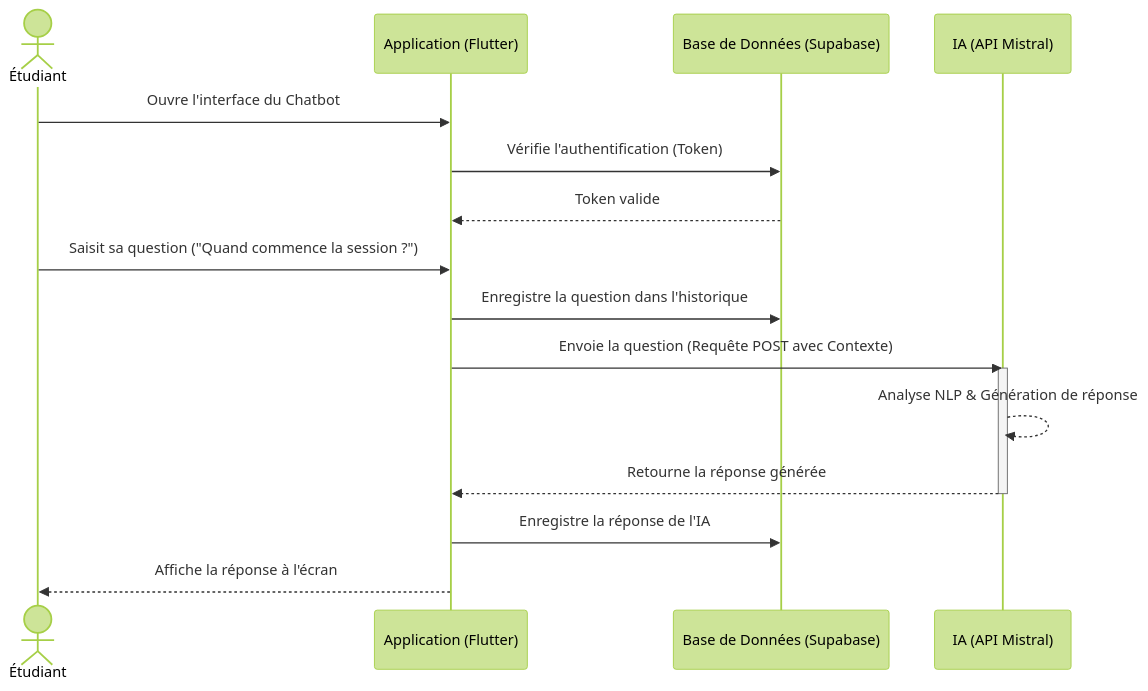
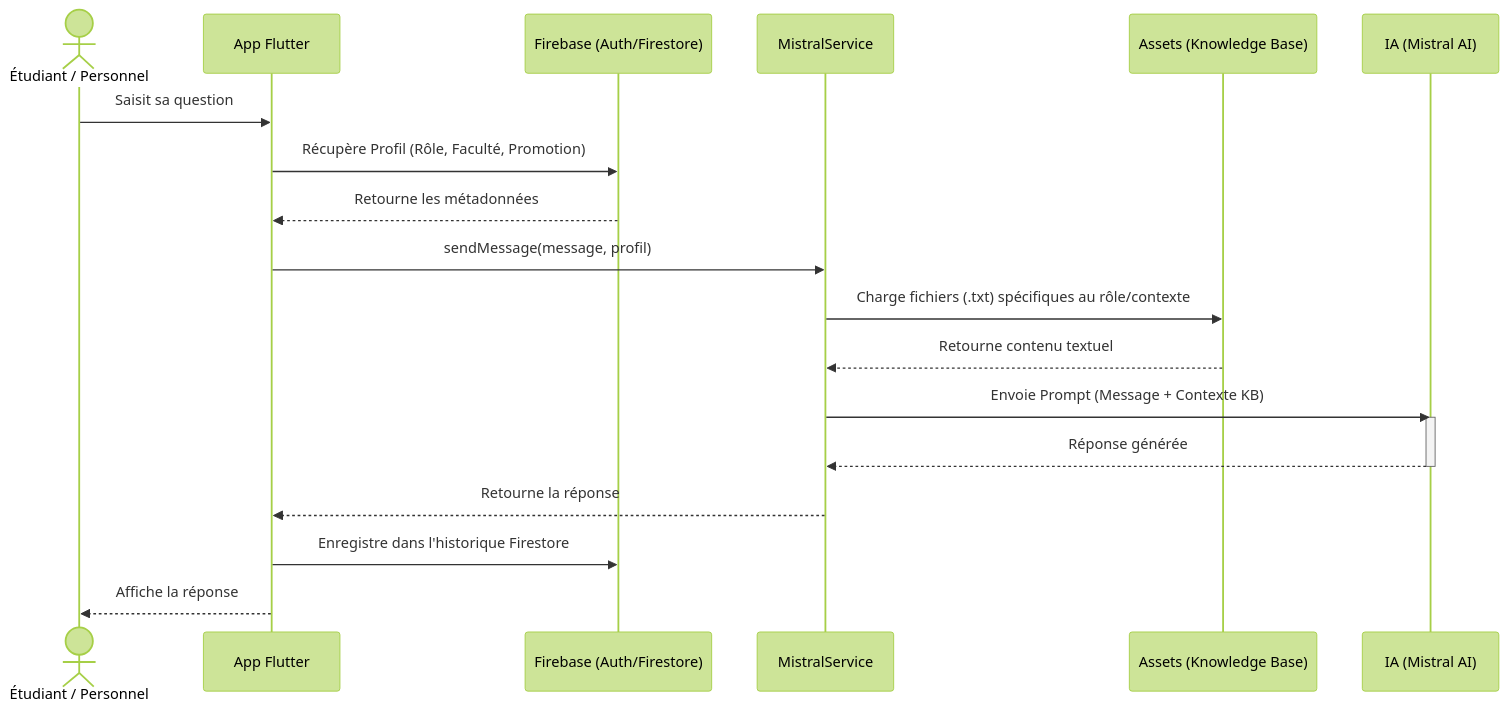
One commit to Emilio0873/uwb changed the third of 3 diagrams in docs/uml_diagrams.md. Above: the diagram before and after it, drawn with Mermaid (forest theme). The commit also changed other lines of this file and 55 other files, not shown here.

````diff
--- a/docs/uml_diagrams.md
+++ b/docs/uml_diagrams.md
@@ -109,20 +113,26 @@
 ```mermaid
 sequenceDiagram
-    actor E as Étudiant
-    participant App as Application (Flutter)
-    participant S as Base de Données (Supabase)
-    participant M as IA (API Mistral)
+    actor U as Étudiant / Personnel
+    participant App as App Flutter
+    participant FS as Firebase (Auth/Firestore)
+    participant MS as MistralService
+    participant KB as Assets (Knowledge Base)
+    participant AI as IA (Mistral AI)
     
-    E->>App: Ouvre l'interface du Chatbot
-    App->>S: Vérifie l'authentification (Token)
-    S-->>App: Token valide
-    E->>App: Saisit sa question ("Quand commence la session ?")
-    App->>S: Enregistre la question dans l'historique
-    App->>M: Envoie la question (Requête POST avec Contexte)
-    activate M
-    M-->>M: Analyse NLP & Génération de réponse
-    M-->>App: Retourne la réponse générée
-    deactivate M
-    App->>S: Enregistre la réponse de l'IA
-    App-->>E: Affiche la réponse à l'écran
+    U->>App: Saisit sa question
+    App->>FS: Récupère Profil (Rôle, Faculté, Promotion)
+    FS-->>App: Retourne les métadonnées
+    
+    App->>MS: sendMessage(message, profil)
+    MS->>KB: Charge fichiers (.txt) spécifiques au rôle/contexte
+    KB-->>MS: Retourne contenu textuel
+    
+    MS->>AI: Envoie Prompt (Message + Contexte KB)
+    activate AI
+    AI-->>MS: Réponse générée
+    deactivate AI
+    
+    MS-->>App: Retourne la réponse
+    App->>FS: Enregistre dans l'historique Firestore
+    App-->>U: Affiche la réponse
 ```
````
